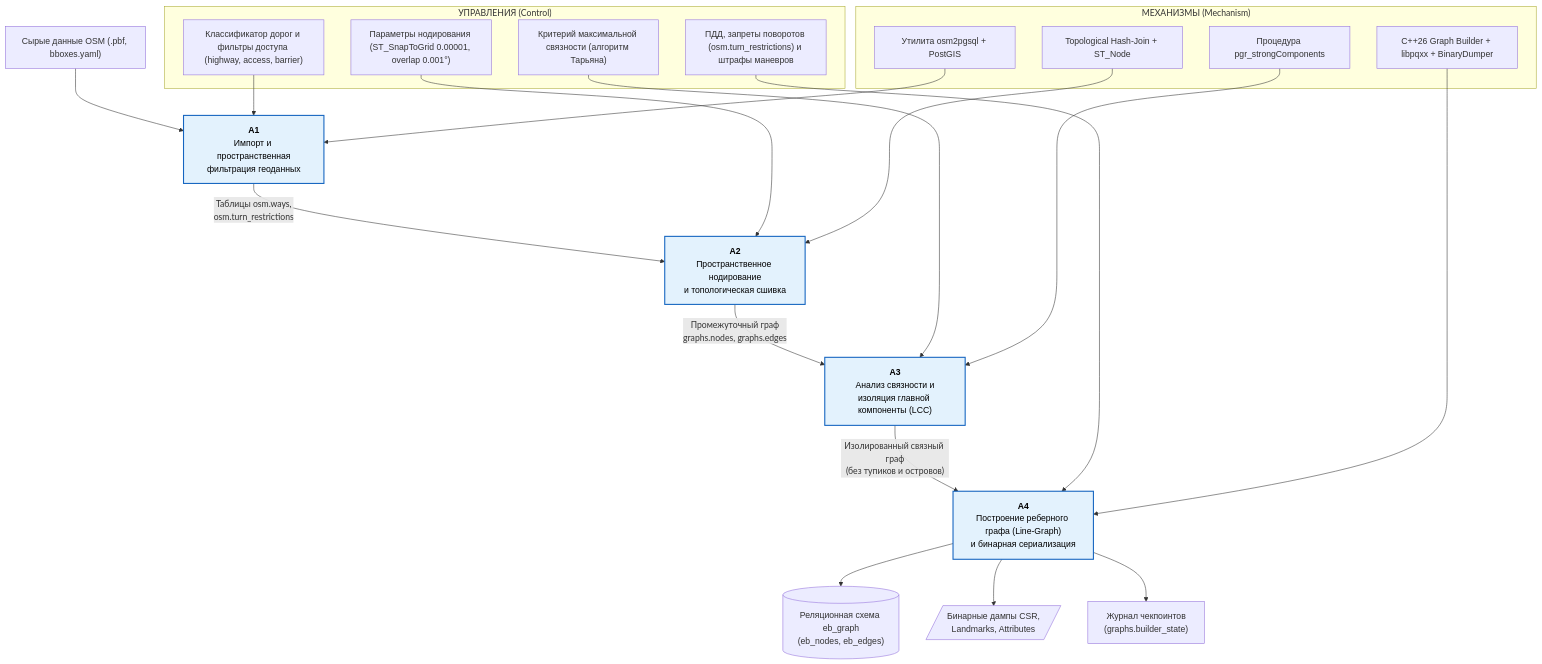
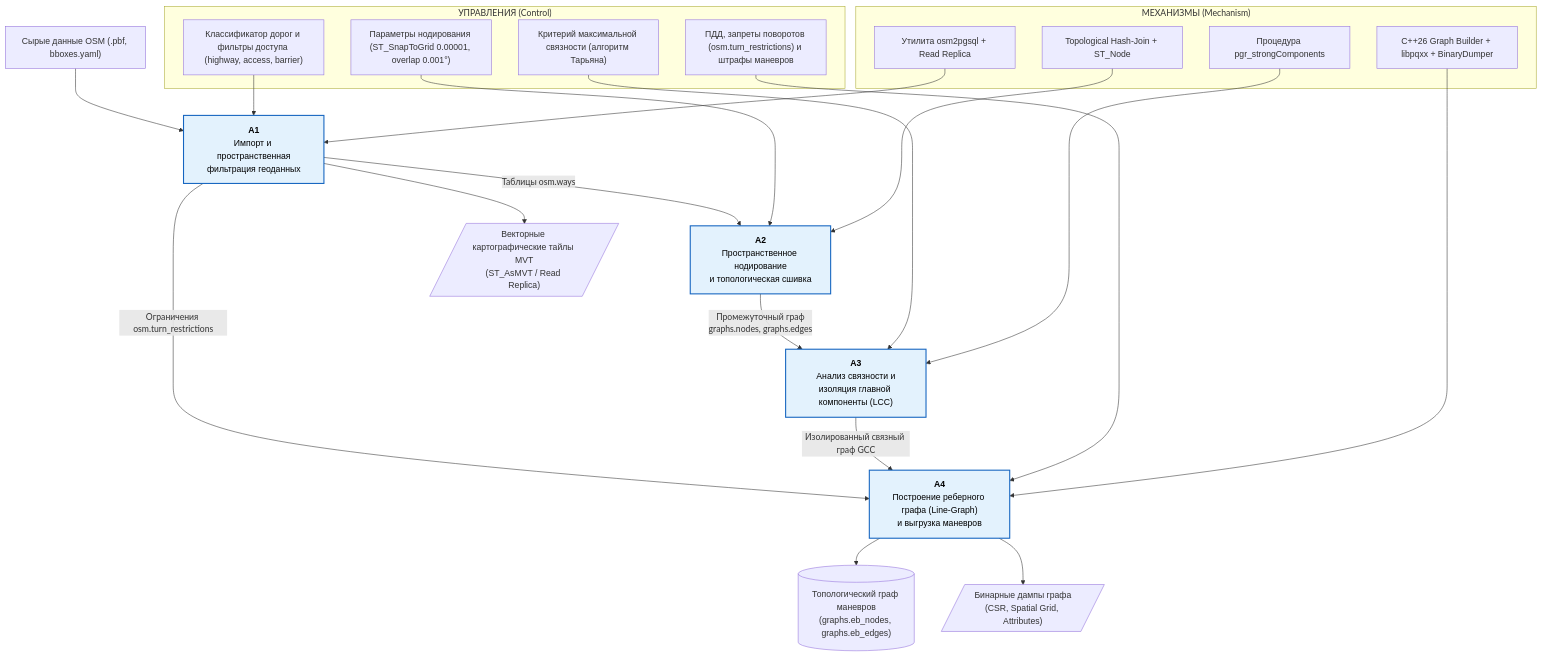
One commit to L1CH7/magistracy-diplom-iu12-docs changed the diagram in assets/diagrams/01-idef0-decomp.mmd. Above: the diagram before and after it, drawn with Mermaid. The commit also changed 11 other files, not shown here.

Commit message:
feat(diagrams): исправить координаты и объединить схемы на одном листе drawio

```diff
--- a/assets/diagrams/01-idef0-decomp.mmd
+++ b/assets/diagrams/01-idef0-decomp.mmd
@@ -1,61 +1,65 @@
 flowchart TD
     %% =========================================================================
     %% IDEF0: Декомпозиция диаграммы A0 (Уровень 1)
     %% Блоки: A1 (Импорт) -> A2 (Нодирование) -> A3 (LCC) -> A4 (Line Graph & Дампы)
     %% =========================================================================
 
     %% Управляющие воздействия (Controls)
     subgraph Controls["УПРАВЛЕНИЯ (Control)"]
         C1["Классификатор дорог и фильтры доступа (highway, access, barrier)"]
         C2["Параметры нодирования (ST_SnapToGrid 0.00001, overlap 0.001°)"]
         C3["Критерий максимальной связности (алгоритм Тарьяна)"]
         C4["ПДД, запреты поворотов (osm.turn_restrictions) и штрафы маневров"]
     end
 
     %% Механизмы (Mechanisms)
+    %% Механизмы (Mechanisms)
     subgraph Mechanisms["МЕХАНИЗМЫ (Mechanism)"]
-        M1["Утилита osm2pgsql + PostGIS"]
+        M1["Утилита osm2pgsql + Read Replica"]
         M2["Topological Hash-Join + ST_Node"]
         M3["Процедура pgr_strongComponents"]
         M4["C++26 Graph Builder + libpqxx + BinaryDumper"]
     end
 
     %% Входные данные
     InputOSM["Сырые данные OSM (.pbf, bboxes.yaml)"]
 
     %% Функциональные блоки
     A1["<b>А1</b><br/>Импорт и пространственная<br/>фильтрация геоданных"]:::box
     A2["<b>А2</b><br/>Пространственное нодирование<br/>и топологическая сшивка"]:::box
     A3["<b>А3</b><br/>Анализ связности и<br/>изоляция главной компоненты (LCC)"]:::box
-    A4["<b>А4</b><br/>Построение реберного графа (Line-Graph)<br/>и бинарная сериализация"]:::box
+    A4["<b>А4</b><br/>Построение реберного графа (Line-Graph)<br/>и выгрузка маневров"]:::box
 
     %% Итоговые выходы
-    OutDB[("Реляционная схема eb_graph<br/>(eb_nodes, eb_edges)")]
-    OutDumps[/"Бинарные дампы CSR,<br/>Landmarks, Attributes"/]
-    OutLog["Журнал чекпоинтов<br/>(graphs.builder_state)"]
+    OutMVT[/"Векторные картографические тайлы MVT<br/>(ST_AsMVT / Read Replica)"/]
+    OutDB[("Топологический граф маневров<br/>(graphs.eb_nodes, graphs.eb_edges)")]
+    OutDumps[/"Бинарные дампы графа<br/>(CSR, Spatial Grid, Attributes)"/]
 
     %% Входы и межблочные потоки (Inputs & Internal Outputs)
     InputOSM --> A1
-    A1 -->|"Таблицы osm.ways,<br/>osm.turn_restrictions"| A2
+    A1 -->|"Таблицы osm.ways"| A2
+    A1 -->|"Ограничения osm.turn_restrictions"| A4
     A2 -->|"Промежуточный граф<br/>graphs.nodes, graphs.edges"| A3
-    A3 -->|"Изолированный связный граф<br/>(без тупиков и островов)"| A4
+    A3 -->|"Изолированный связный граф GCC"| A4
+
+    %% Выход MVT напрямую из блока А1 (через репликацию osm.ways)
+    A1 --> OutMVT
 
     %% Управления к блокам (Controls -> Blocks)
     C1 --> A1
     C2 --> A2
     C3 --> A3
     C4 --> A4
 
     %% Механизмы к блокам (Mechanisms -> Blocks)
     M1 --> A1
     M2 --> A2
     M3 --> A3
     M4 --> A4
 
-    %% Выходы из финального блока
+    %% Выходы из блока А4
     A4 --> OutDB
     A4 --> OutDumps
-    A4 --> OutLog
 
     classDef box fill:#e3f2fd,stroke:#1565c0,stroke-width:2px,color:#000;
     classDef default font-family:sans-serif;
```
